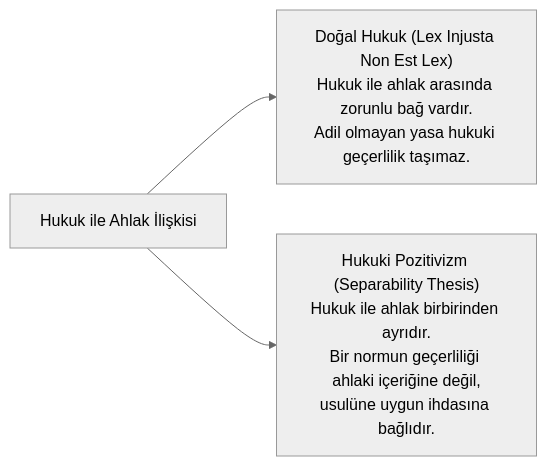
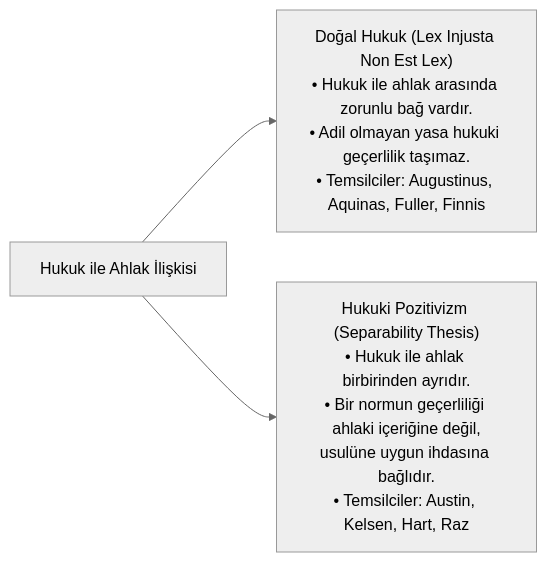
The second of 6 diagrams in README.md (arch-yunus/hukuk-kurami-ve-adalet), drawn with Mermaid (neutral theme) before and after one commit. The commit also changed other lines of this file, not shown here.

````diff
--- a/README.md
+++ b/README.md
@@ -90,5 +95,5 @@
 ```mermaid
 flowchart LR
-    A["Hukuk ile Ahlak İlişkisi"] --> B["Doğal Hukuk (Lex Injusta Non Est Lex)<br>Hukuk ile ahlak arasında zorunlu bağ vardır.<br>Adil olmayan yasa hukuki geçerlilik taşımaz."]
-    A --> C["Hukuki Pozitivizm (Separability Thesis)<br>Hukuk ile ahlak birbirinden ayrıdır.<br>Bir normun geçerliliği ahlaki içeriğine değil,<br>usulüne uygun ihdasına bağlıdır."]
+    A["Hukuk ile Ahlak İlişkisi"] --> B["Doğal Hukuk (Lex Injusta Non Est Lex)<br>• Hukuk ile ahlak arasında zorunlu bağ vardır.<br>• Adil olmayan yasa hukuki geçerlilik taşımaz.<br>• Temsilciler: Augustinus, Aquinas, Fuller, Finnis"]
+    A --> C["Hukuki Pozitivizm (Separability Thesis)<br>• Hukuk ile ahlak birbirinden ayrıdır.<br>• Bir normun geçerliliği ahlaki içeriğine değil,<br>usulüne uygun ihdasına bağlıdır.<br>• Temsilciler: Austin, Kelsen, Hart, Raz"]
 ```
````
